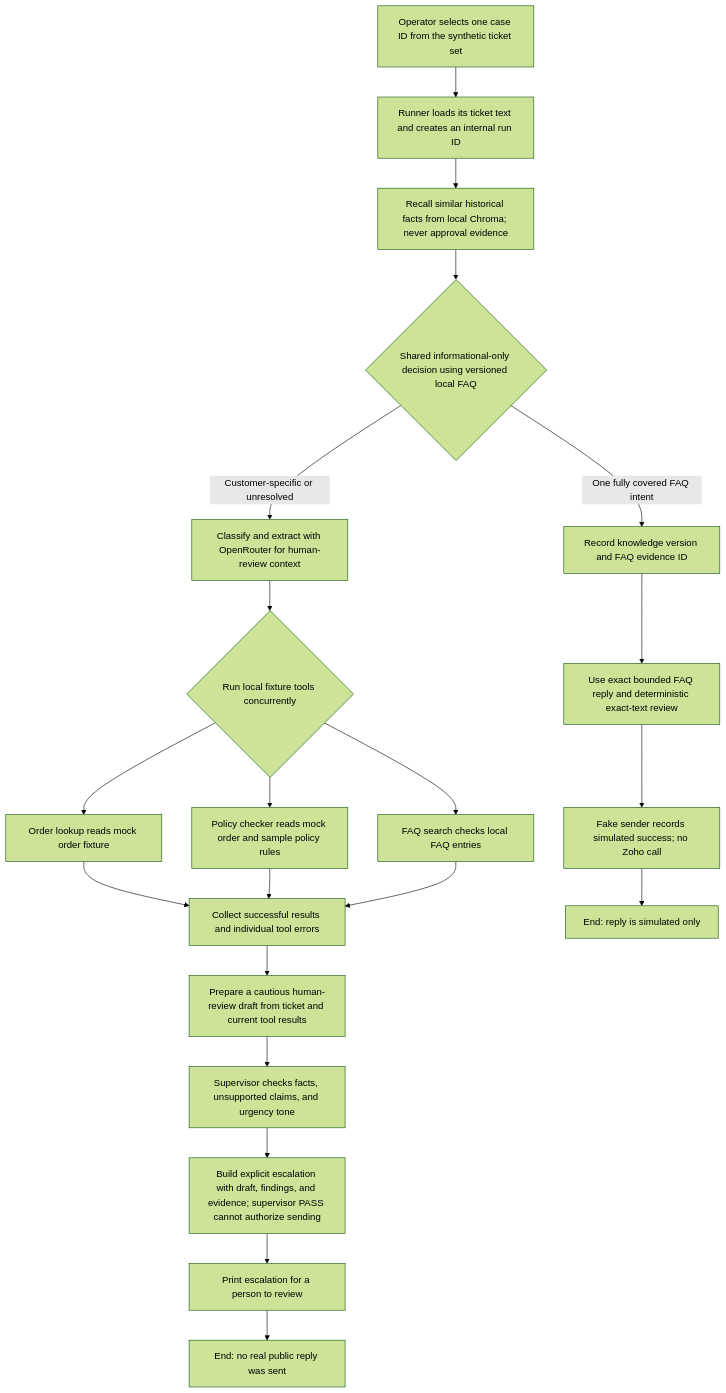
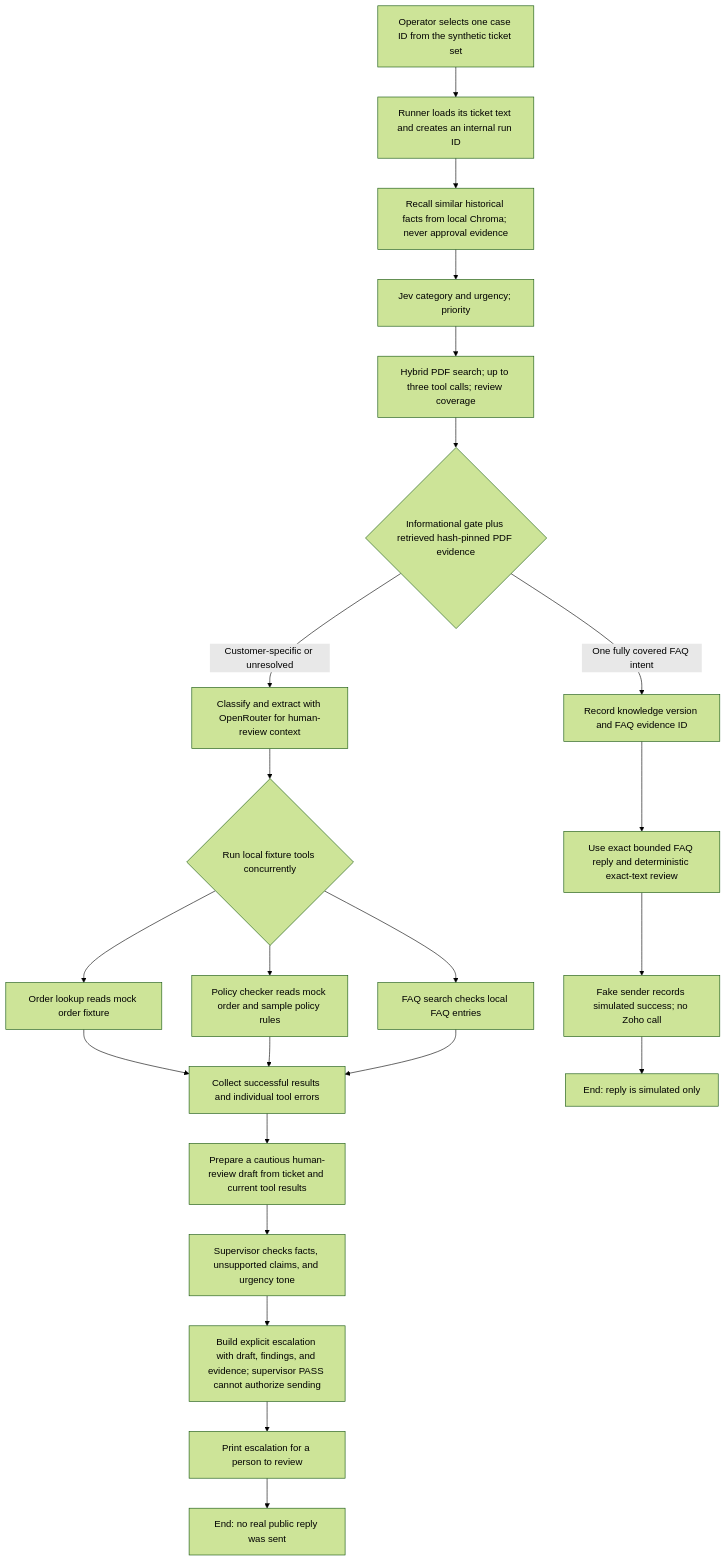
One commit to brajeshkumar7/Customer-support-ticket-triage-and-draft-response-agent changed the first of 3 diagrams in flow.md. Above: the diagram before and after it, drawn with Mermaid (forest theme). The commit also changed other lines of this file and 61 other files, not shown here.

Commit message:
fix: triage and urgency step with jev data fetch and draft response with RAG with BM25 search supervisor scoring step improved with jev Strengthen the safety decision step

````diff
--- a/flow.md
+++ b/flow.md
@@ -80,23 +91,25 @@
 ```mermaid
 flowchart TD
     A[Operator selects one case ID from the synthetic ticket set] --> B[Runner loads its ticket text and creates an internal run ID]
     B --> C[Recall similar historical facts from local Chroma; never approval evidence]
-    C --> D{Shared informational-only decision using versioned local FAQ}
+    C --> TRIAGE[Jev category and urgency; priority]
+    TRIAGE --> RAG[Hybrid PDF search; up to three tool calls; review coverage]
+    RAG --> D{Informational gate plus retrieved hash-pinned PDF evidence}
     D -->|One fully covered FAQ intent| K[Record knowledge version and FAQ evidence ID]
     K --> R[Use exact bounded FAQ reply and deterministic exact-text review]
     R --> U[Fake sender records simulated success; no Zoho call]
     D -->|Customer-specific or unresolved| E[Classify and extract with OpenRouter for human-review context]
     E --> F{Run local fixture tools concurrently}
     F --> G[Order lookup reads mock order fixture]
     F --> H[Policy checker reads mock order and sample policy rules]
     F --> I[FAQ search checks local FAQ entries]
     G --> J[Collect successful results and individual tool errors]
     H --> J
     I --> J
     J --> L[Prepare a cautious human-review draft from ticket and current tool results]
     L --> M[Supervisor checks facts, unsupported claims, and urgency tone]
     M --> Q[Build explicit escalation with draft, findings, and evidence; supervisor PASS cannot authorize sending]
     U --> V[End: reply is simulated only]
     Q --> S[Print escalation for a person to review]
     S --> T[End: no real public reply was sent]
 ```
````
